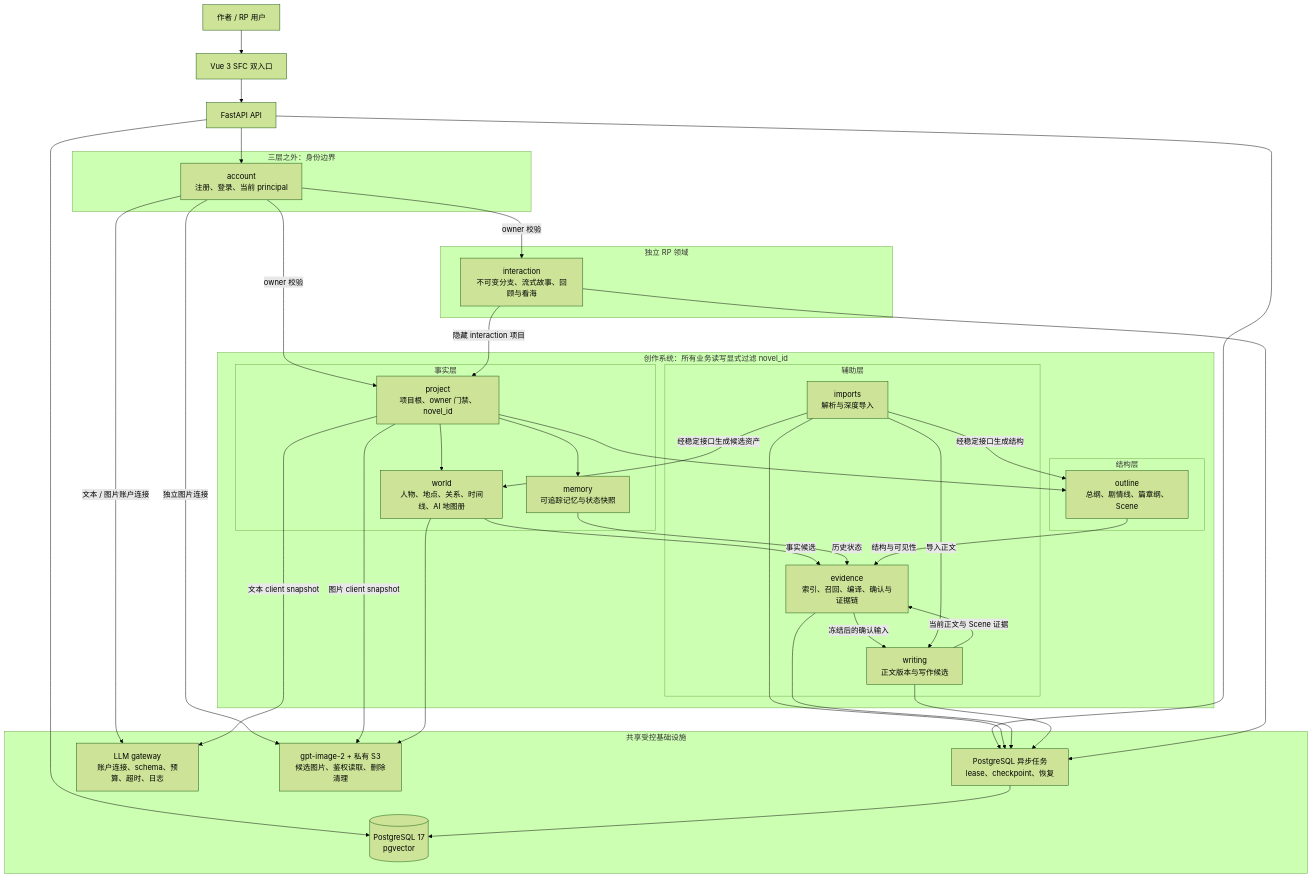
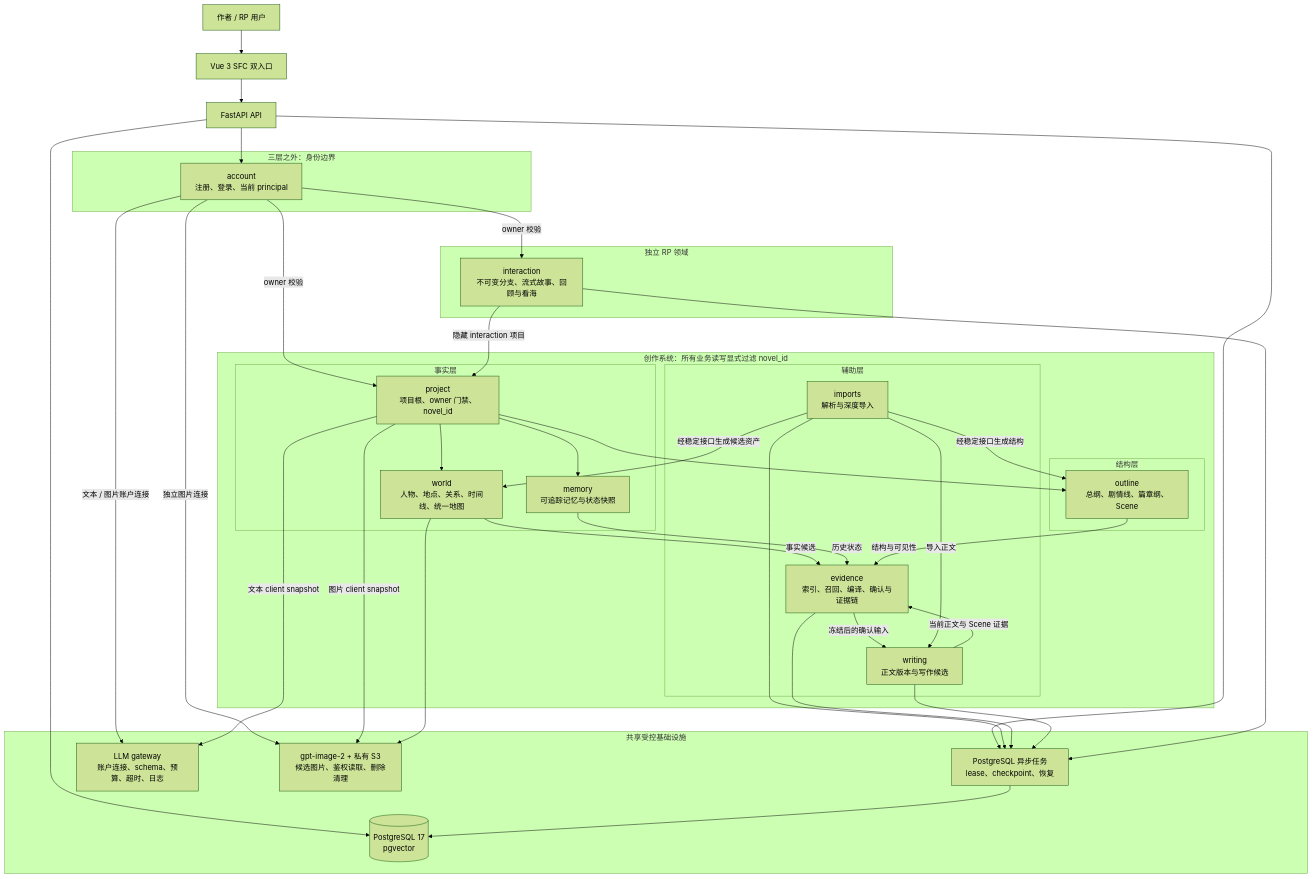
The third of 7 diagrams in README.md (FengHuoLinShan/ai-writing-assist), drawn with Mermaid (forest theme) before and after one commit. The commit also changed other lines of this file and 52 other files, not shown here.

````diff
--- a/README.md
+++ b/README.md
@@ -153,69 +153,69 @@
 ```mermaid
 flowchart TB
     User["作者 / RP 用户"] --> UI["Vue 3 SFC 双入口"]
     UI --> API["FastAPI API"]
 
     subgraph Identity["三层之外：身份边界"]
         Account["account<br/>注册、登录、当前 principal"]
     end
 
     API --> Account
 
     subgraph Creative["创作系统：所有业务读写显式过滤 novel_id"]
         subgraph Facts["事实层"]
             Project["project<br/>项目根、owner 门禁、novel_id"]
-            World["world<br/>人物、地点、关系、时间线、AI 地图册"]
+            World["world<br/>人物、地点、关系、时间线、统一地图"]
             Memory["memory<br/>可追踪记忆与状态快照"]
         end
 
         subgraph Structure["结构层"]
             Outline["outline<br/>总纲、剧情线、篇章纲、Scene"]
         end
 
         subgraph Support["辅助层"]
             Imports["imports<br/>解析与深度导入"]
             Evidence["evidence<br/>索引、召回、编译、确认与证据链"]
             Writing["writing<br/>正文版本与写作候选"]
         end
     end
 
     subgraph RP["独立 RP 领域"]
         Interaction["interaction<br/>不可变分支、流式故事、回顾与看海"]
     end
 
     Account -->|"owner 校验"| Project
     Account -->|"owner 校验"| Interaction
     Interaction -->|"隐藏 interaction 项目"| Project
     Project --> World
     Project --> Memory
     Project --> Outline
 
     Writing -->|"当前正文与 Scene 证据"| Evidence
     World -->|"事实候选"| Evidence
     Memory -->|"历史状态"| Evidence
     Outline -->|"结构与可见性"| Evidence
     Evidence -->|"冻结后的确认输入"| Writing
     Imports -->|"经稳定接口生成候选资产"| World
     Imports -->|"经稳定接口生成结构"| Outline
     Imports -->|"导入正文"| Writing
 
     subgraph Platform["共享受控基础设施"]
         Tasks["PostgreSQL 异步任务<br/>lease、checkpoint、恢复"]
         LLM["LLM gateway<br/>账户连接、schema、预算、超时、日志"]
         Images["gpt-image-2 + 私有 S3<br/>候选图片、鉴权读取、删除清理"]
         DB[("PostgreSQL 17<br/>pgvector")]
     end
 
     API --> Tasks
     Imports --> Tasks
     Evidence --> Tasks
     Writing --> Tasks
     Interaction --> Tasks
     Account -->|"文本 / 图片账户连接"| LLM
     Account -->|"独立图片连接"| Images
     Project -->|"文本 client snapshot"| LLM
     Project -->|"图片 client snapshot"| Images
     World --> Images
     API --> DB
     Tasks --> DB
 ```
````
